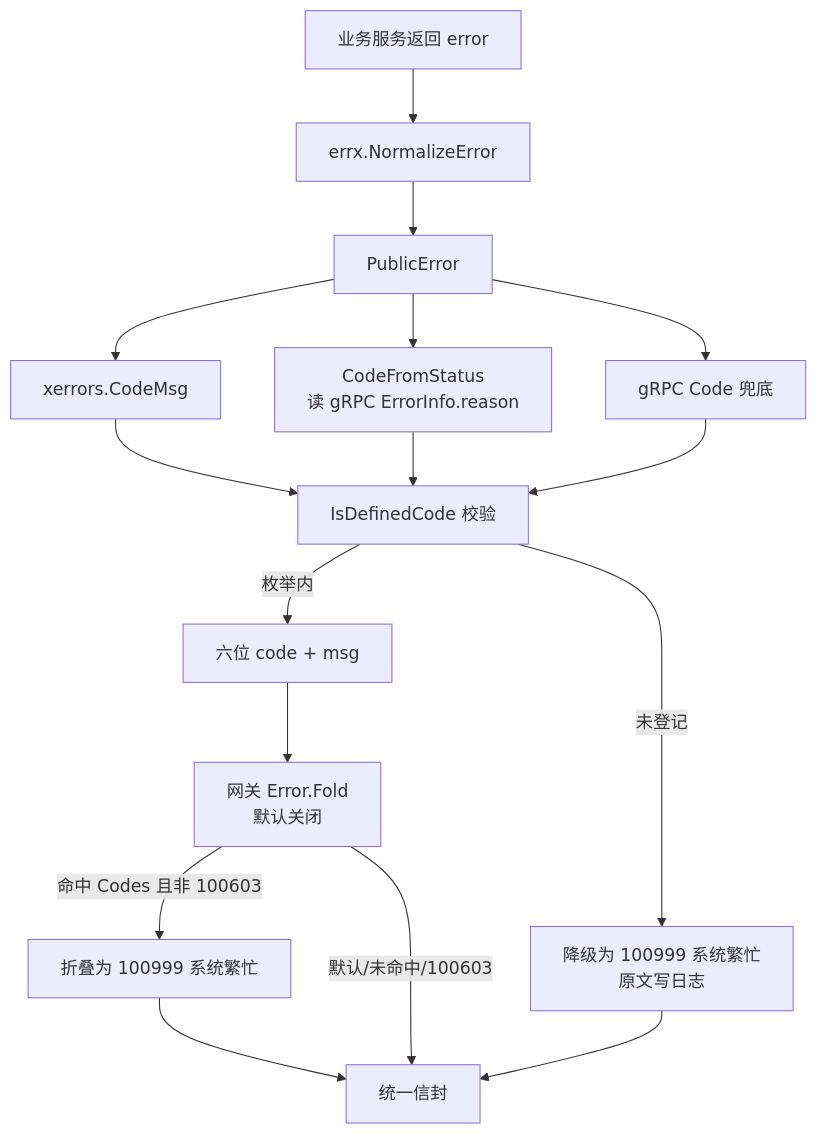
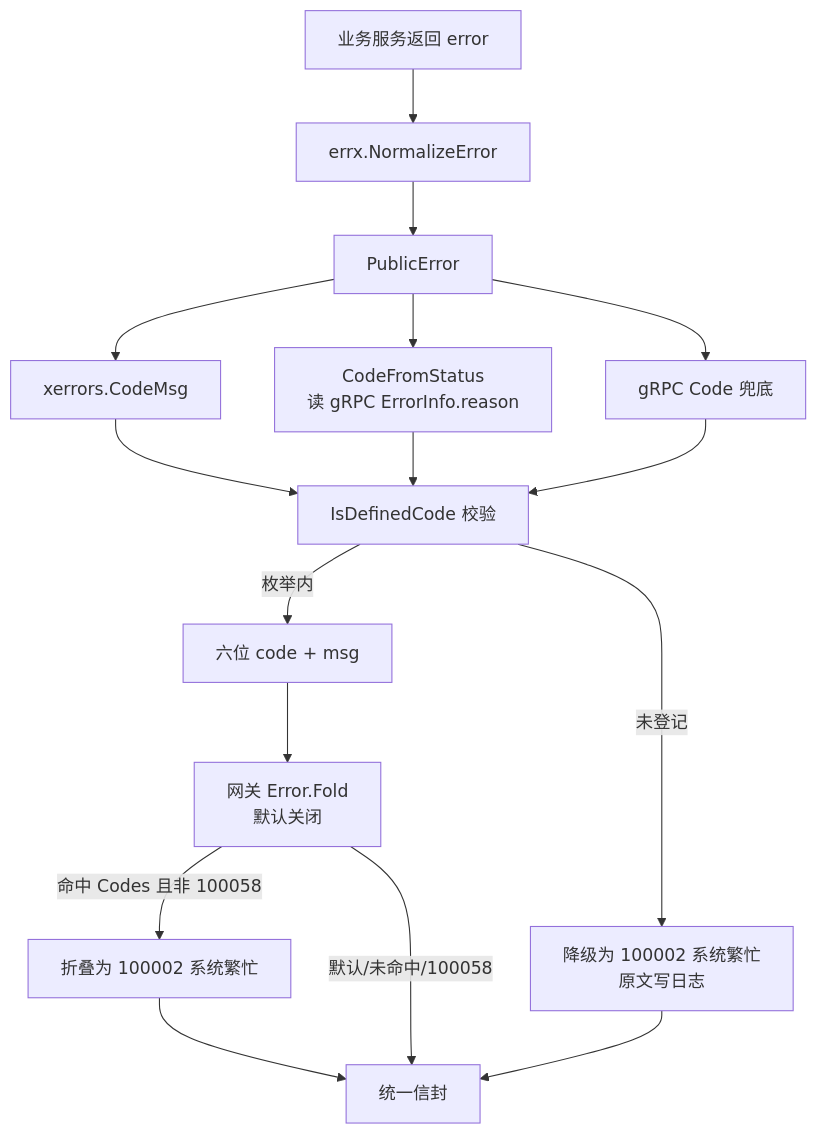
Before and after one commit to maomao94/zero-service: the diagram in docs/images/diagrams/gateway-error-normalize.mmd, drawn with Mermaid. The commit also changed 49 other files, not shown here.

```diff
--- a/docs/images/diagrams/gateway-error-normalize.mmd
+++ b/docs/images/diagrams/gateway-error-normalize.mmd
@@ -1,16 +1,16 @@
 flowchart TB
     E["业务服务返回 error"] --> N["errx.NormalizeError"]
     N --> PE["PublicError"]
     PE --> CM["xerrors.CodeMsg"]
     PE --> ST["CodeFromStatus<br/>读 gRPC ErrorInfo.reason"]
     PE --> GC["gRPC Code 兜底"]
     CM --> V["IsDefinedCode 校验"]
     ST --> V
     GC --> V
     V -->|枚举内| OUT["六位 code + msg"]
-    V -->|未登记| FIX["降级为 100999 系统繁忙<br/>原文写日志"]
+    V -->|未登记| FIX["降级为 100002 系统繁忙<br/>原文写日志"]
     OUT --> FOLD["网关 Error.Fold<br/>默认关闭"]
-    FOLD -->|命中 Codes 且非 100603| BUSY["折叠为 100999 系统繁忙"]
-    FOLD -->|默认/未命中/100603| ENV["统一信封"]
+    FOLD -->|命中 Codes 且非 100058| BUSY["折叠为 100002 系统繁忙"]
+    FOLD -->|默认/未命中/100058| ENV["统一信封"]
     FIX --> ENV
     BUSY --> ENV
```
